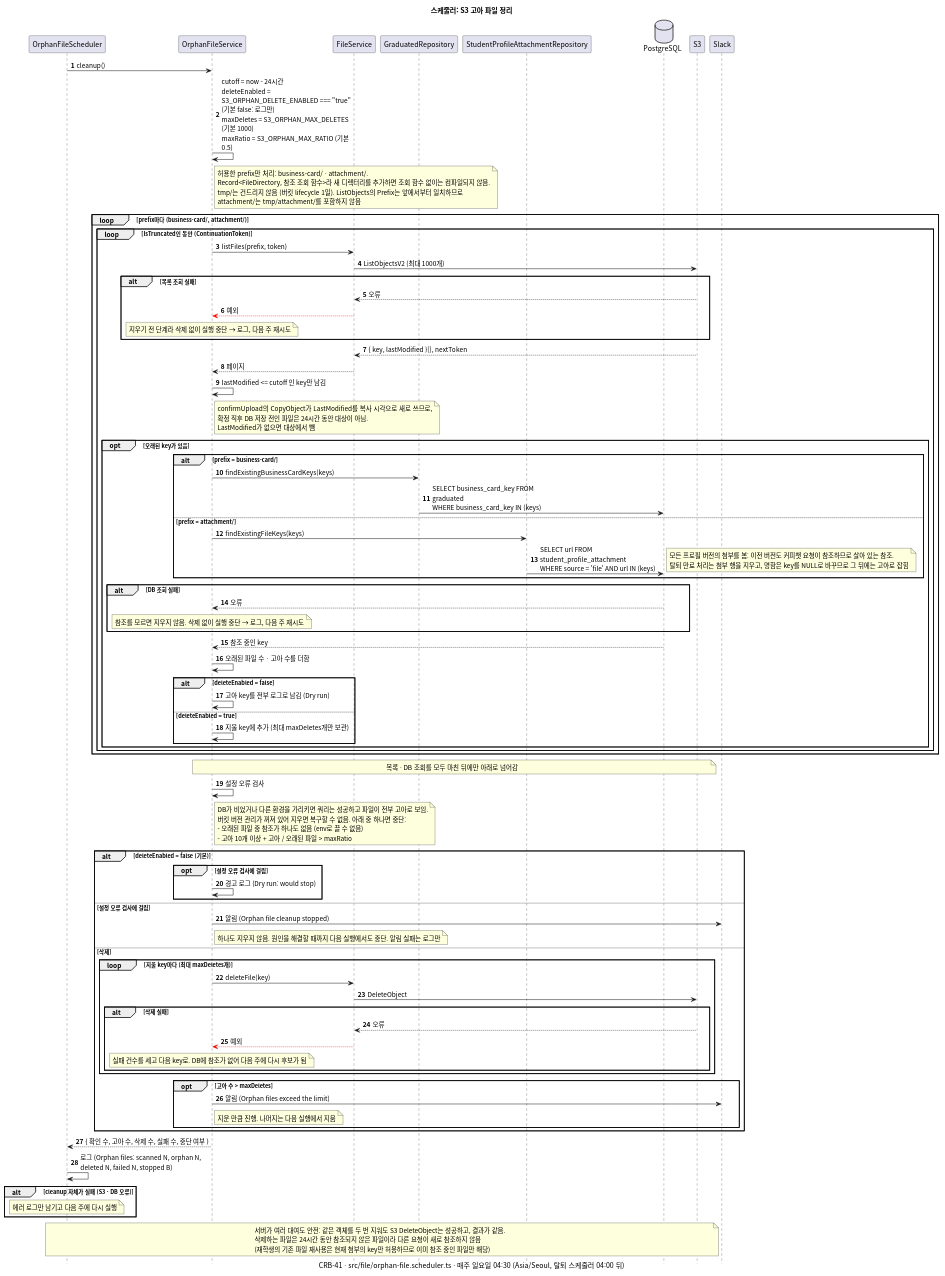
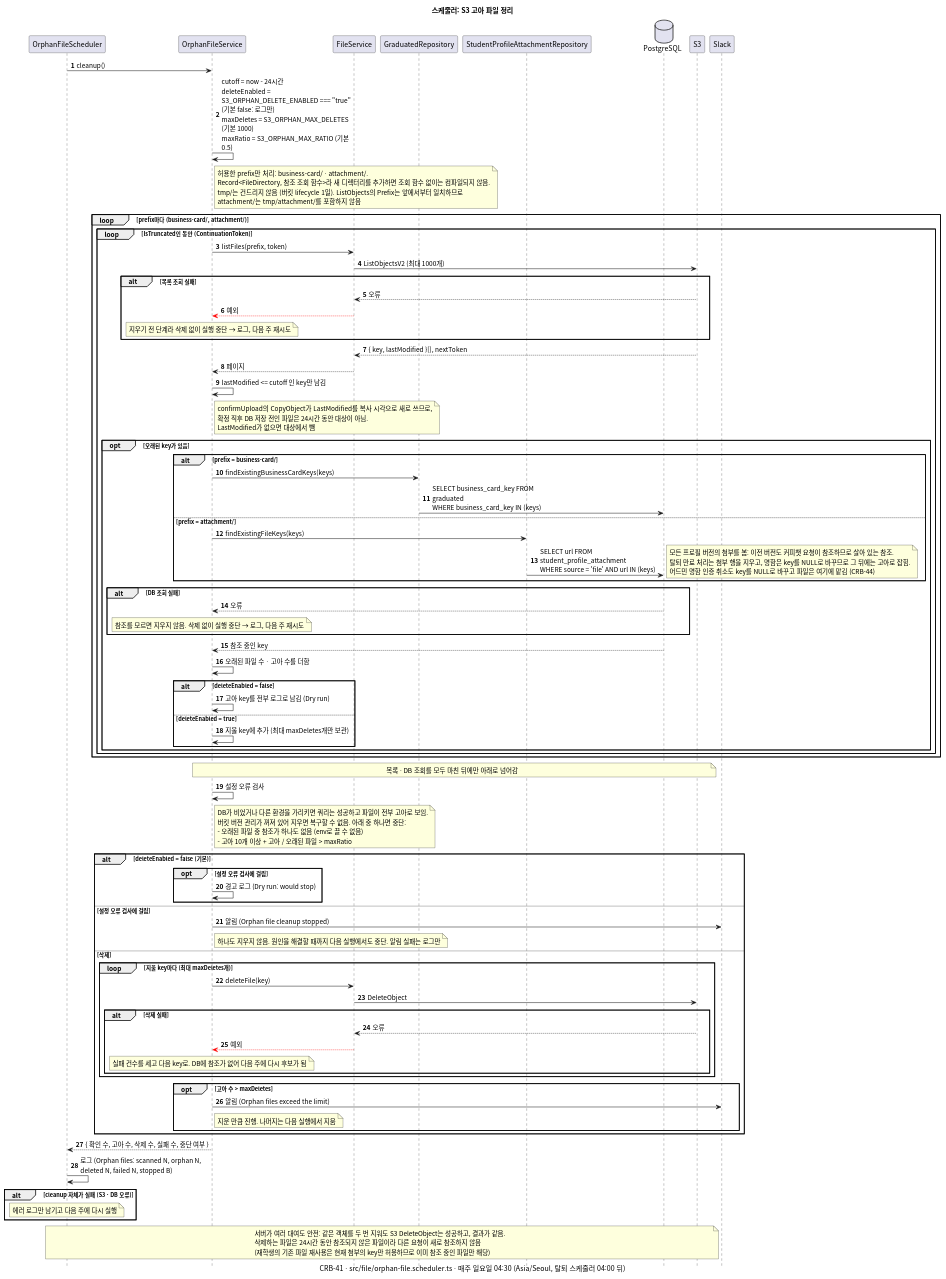
One commit to gsainfoteam/cheers-be changed the diagram in docs/sequence/flow/s3-orphan-cleanup.puml. Above: the diagram before and after it, drawn with PlantUML. The commit also changed 11 other files, not shown here.

Commit message:
- docs: add business card sequence diagrams (CRB-44)

```diff
--- a/docs/sequence/flow/s3-orphan-cleanup.puml
+++ b/docs/sequence/flow/s3-orphan-cleanup.puml
@@ -1,122 +1,123 @@
 @startuml s3-orphan-cleanup
 skinparam defaultFontName "Apple SD Gothic Neo", "Noto Sans CJK KR", sans-serif
 skinparam responseMessageBelowArrow true
 skinparam sequenceMessageAlign left
 skinparam maxMessageSize 260
 skinparam BoxPadding 8
 skinparam shadowing false
 autonumber
 hide footbox
 
 title 스케줄러: S3 고아 파일 정리
 caption CRB-41 · src/file/orphan-file.scheduler.ts · 매주 일요일 04:30 (Asia/Seoul, 탈퇴 스케줄러 04:00 뒤)
 
 participant "OrphanFileScheduler" as Scheduler
 participant "OrphanFileService" as Service
 participant "FileService" as FileService
 participant "GraduatedRepository" as GraduatedRepository
 participant "StudentProfileAttachmentRepository" as AttachmentRepository
 database PostgreSQL
 participant "S3"
 participant "Slack"
 
 Scheduler -> Service: cleanup()
 Service -> Service: cutoff = now - 24시간\ndeleteEnabled = S3_ORPHAN_DELETE_ENABLED === "true" (기본 false: 로그만)\nmaxDeletes = S3_ORPHAN_MAX_DELETES (기본 1000)\nmaxRatio = S3_ORPHAN_MAX_RATIO (기본 0.5)
 note right of Service
   허용한 prefix만 처리: business-card/ · attachment/.
   Record<FileDirectory, 참조 조회 함수>라 새 디렉터리를 추가하면 조회 함수 없이는 컴파일되지 않음.
   tmp/는 건드리지 않음 (버킷 lifecycle 1일). ListObjects의 Prefix는 앞에서부터 일치하므로
   attachment/는 tmp/attachment/를 포함하지 않음
 end note
 
 loop prefix마다 (business-card/, attachment/)
   loop IsTruncated인 동안 (ContinuationToken)
     Service -> FileService: listFiles(prefix, token)
     FileService -> S3: ListObjectsV2 (최대 1000개)
     alt 목록 조회 실패
       S3 --> FileService: 오류
       FileService -[#red]-> Service: 예외
       note over Service: 지우기 전 단계라 삭제 없이 실행 중단 → 로그, 다음 주 재시도
     end
     S3 --> FileService: { key, lastModified }[], nextToken
     FileService --> Service: 페이지
 
     Service -> Service: lastModified <= cutoff 인 key만 남김
     note right of Service
       confirmUpload의 CopyObject가 LastModified를 복사 시각으로 새로 쓰므로,
       확정 직후 DB 저장 전인 파일은 24시간 동안 대상이 아님.
       LastModified가 없으면 대상에서 뺌
     end note
 
     opt 오래된 key가 있음
       alt prefix = business-card/
         Service -> GraduatedRepository: findExistingBusinessCardKeys(keys)
         GraduatedRepository -> PostgreSQL: SELECT business_card_key FROM graduated\nWHERE business_card_key IN (keys)
       else prefix = attachment/
         Service -> AttachmentRepository: findExistingFileKeys(keys)
         AttachmentRepository -> PostgreSQL: SELECT url FROM student_profile_attachment\nWHERE source = 'file' AND url IN (keys)
         note right
           모든 프로필 버전의 첨부를 봄: 이전 버전도 커피챗 요청이 참조하므로 살아 있는 참조.
-          탈퇴 만료 처리는 첨부 행을 지우고, 명함은 key를 NULL로 바꾸므로 그 뒤에는 고아로 잡힘
+          탈퇴 만료 처리는 첨부 행을 지우고, 명함은 key를 NULL로 바꾸므로 그 뒤에는 고아로 잡힘.
+          어드민 명함 인증 취소도 key를 NULL로 바꾸고 파일은 여기에 맡김 (CRB-44)
         end note
       end
       alt DB 조회 실패
         PostgreSQL --> Service: 오류
         note over Service: 참조를 모르면 지우지 않음. 삭제 없이 실행 중단 → 로그, 다음 주 재시도
       end
       PostgreSQL --> Service: 참조 중인 key
       Service -> Service: 오래된 파일 수 · 고아 수를 더함
       alt deleteEnabled = false
         Service -> Service: 고아 key를 전부 로그로 남김 (Dry run)
       else deleteEnabled = true
         Service -> Service: 지울 key에 추가 (최대 maxDeletes개만 보관)
       end
     end
   end
 end
 note over Service, S3: 목록 · DB 조회를 모두 마친 뒤에만 아래로 넘어감
 
 Service -> Service: 설정 오류 검사
 note right of Service
   DB가 비었거나 다른 환경을 가리키면 쿼리는 성공하고 파일이 전부 고아로 보임.
   버킷 버전 관리가 꺼져 있어 지우면 복구할 수 없음. 아래 중 하나면 중단:
   - 오래된 파일 중 참조가 하나도 없음 (env로 끌 수 없음)
   - 고아 10개 이상 + 고아 / 오래된 파일 > maxRatio
 end note
 
 alt deleteEnabled = false (기본)
   opt 설정 오류 검사에 걸림
     Service -> Service: 경고 로그 (Dry run: would stop)
   end
 else 설정 오류 검사에 걸림
   Service -> Slack: 알림 (Orphan file cleanup stopped)
   note right of Service: 하나도 지우지 않음. 원인을 해결할 때까지 다음 실행에서도 중단. 알림 실패는 로그만
 else 삭제
   loop 지울 key마다 (최대 maxDeletes개)
     Service -> FileService: deleteFile(key)
     FileService -> S3: DeleteObject
     alt 삭제 실패
       S3 --> FileService: 오류
       FileService -[#red]-> Service: 예외
       note over Service: 실패 건수를 세고 다음 key로. DB에 참조가 없어 다음 주에 다시 후보가 됨
     end
   end
   opt 고아 수 > maxDeletes
     Service -> Slack: 알림 (Orphan files exceed the limit)
     note right of Service: 지운 만큼 진행. 나머지는 다음 실행에서 지움
   end
 end
 
 Service --> Scheduler: { 확인 수, 고아 수, 삭제 수, 실패 수, 중단 여부 }
 Scheduler -> Scheduler: 로그 (Orphan files: scanned N, orphan N, deleted N, failed N, stopped B)
 alt cleanup 자체가 실패 (S3 · DB 오류)
   note over Scheduler: 에러 로그만 남기고 다음 주에 다시 실행
 end
 
 note over Scheduler, S3
   서버가 여러 대여도 안전: 같은 객체를 두 번 지워도 S3 DeleteObject는 성공하고, 결과가 같음.
   삭제하는 파일은 24시간 동안 참조되지 않은 파일이라 다른 요청이 새로 참조하지 않음
   (재학생의 기존 파일 재사용은 현재 첨부의 key만 허용하므로 이미 참조 중인 파일만 해당)
 end note
 
 @enduml
```
